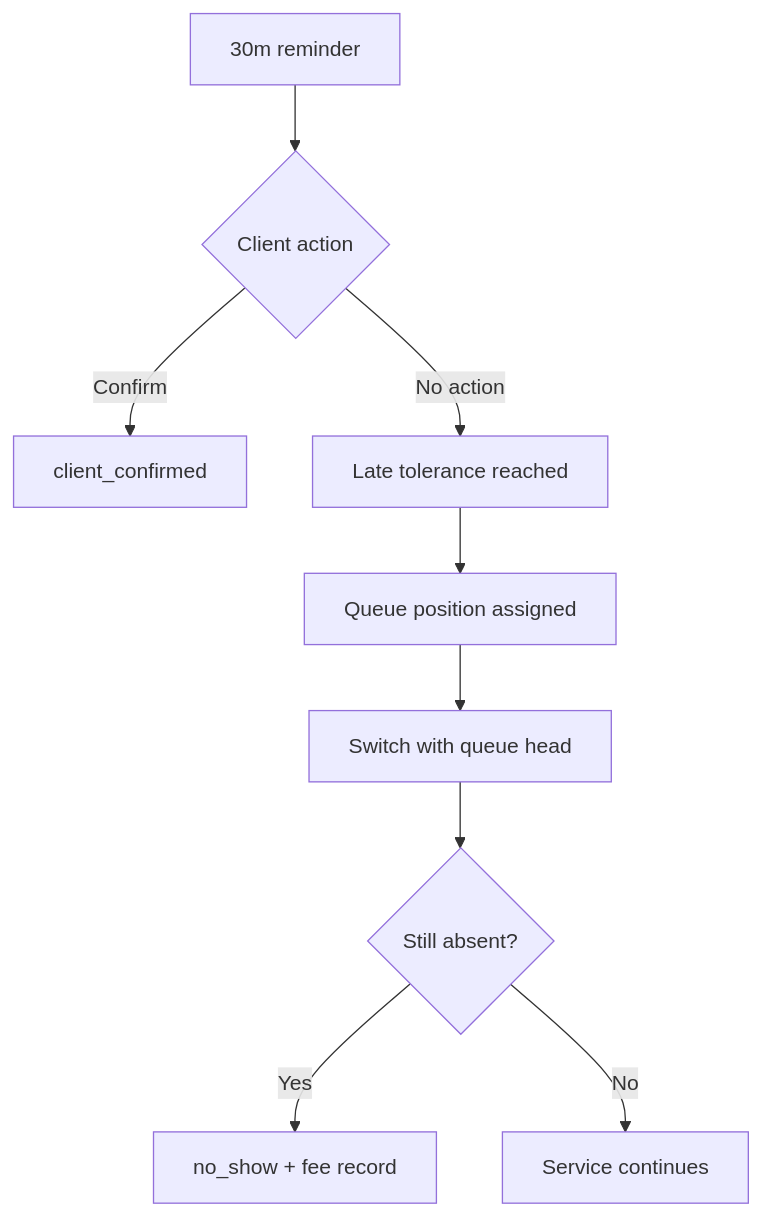
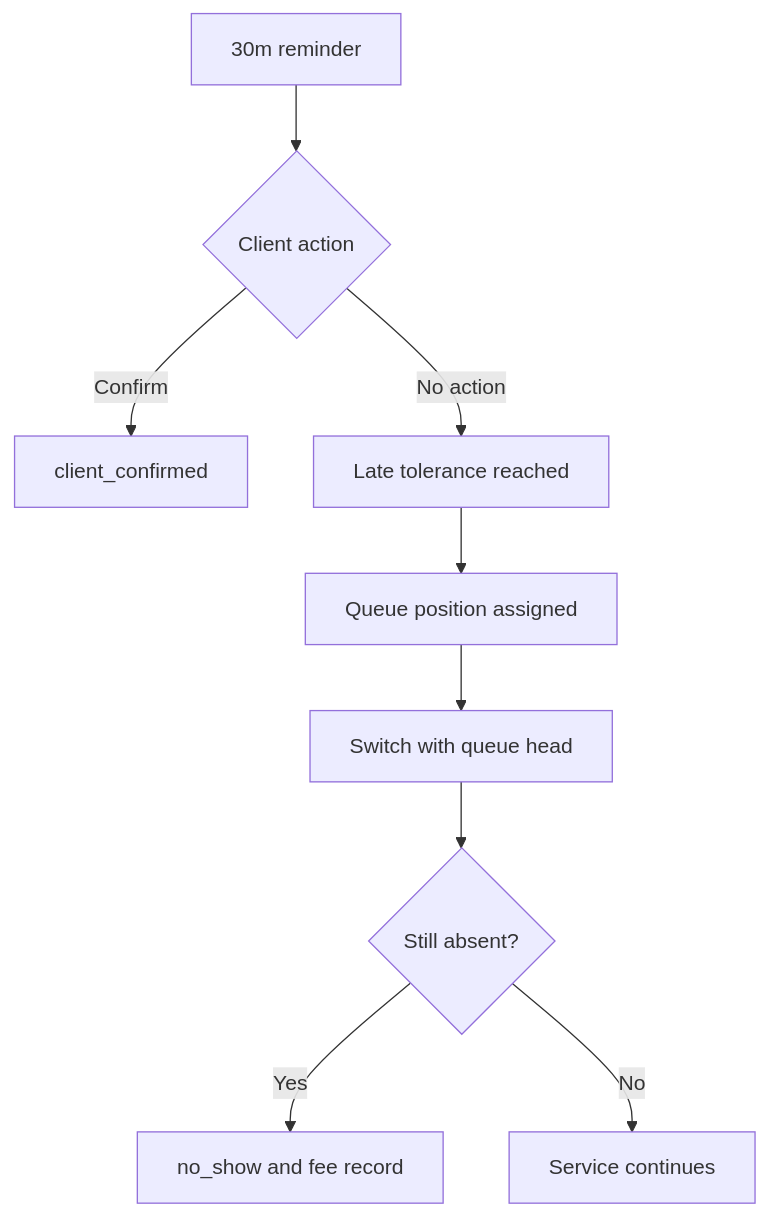
The fifth of 7 diagrams in docs/FEATURES.md (LAVE-AUTO/lavo), drawn with Mermaid before and after one commit. The commit also changed other lines of this file and 4 other files, not shown here.

Commit message:
docs: refine architecture, deployment, features, page listing, and testing strategy documentation

````diff
--- a/docs/FEATURES.md
+++ b/docs/FEATURES.md
@@ -98,11 +98,11 @@
 ```mermaid
 flowchart TD
     Reminder[30m reminder] --> Action{Client action}
     Action -->|Confirm| Confirmed[client_confirmed]
     Action -->|No action| Tolerance[Late tolerance reached]
     Tolerance --> Queue[Queue position assigned]
     Queue --> Switch[Switch with queue head]
     Switch --> Absent{Still absent?}
-    Absent -->|Yes| NoShow[no_show + fee record]
+    Absent -->|Yes| NoShow[no_show and fee record]
     Absent -->|No| Continue[Service continues]
 ```
````
